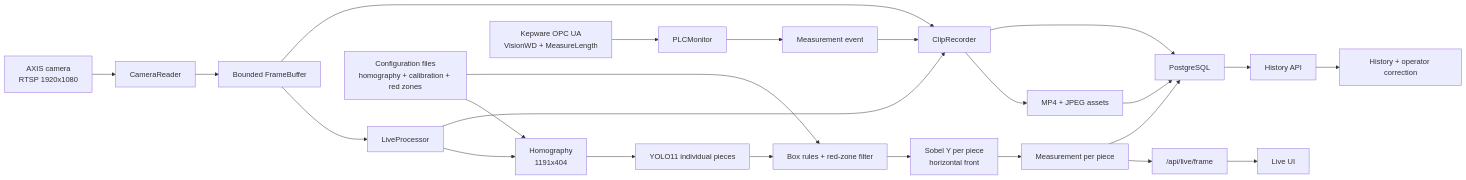
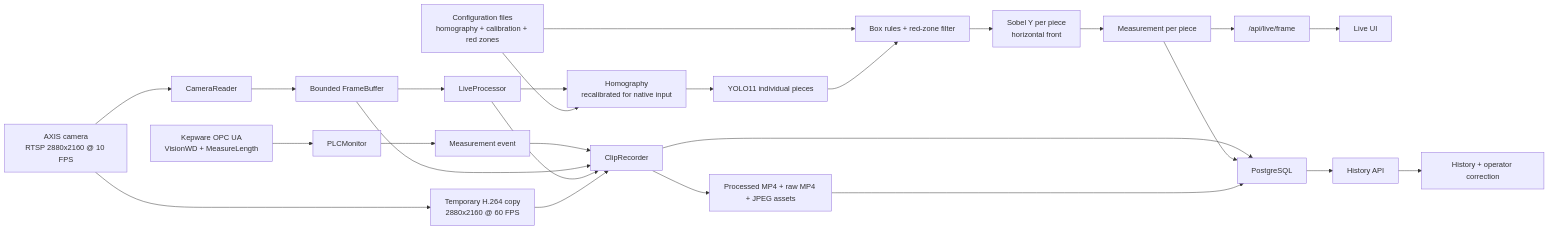
One commit to LFRPuente/tx2_repository changed the first of 2 diagrams in LIVE_MVP_INTEGRATION_README.md. Above: the diagram before and after it, drawn with Mermaid. The commit also changed other lines of this file and 16 other files, not shown here.

Commit message:
Add temporary native-resolution raw clip capture

````diff
--- a/LIVE_MVP_INTEGRATION_README.md
+++ b/LIVE_MVP_INTEGRATION_README.md
@@ -361,27 +375,29 @@
 ```mermaid
 flowchart LR
-    Camera["AXIS camera<br/>RTSP 1920x1080"] --> Reader["CameraReader"]
+    Camera["AXIS camera<br/>RTSP 2880x2160 @ 10 FPS"] --> Reader["CameraReader"]
+    Camera --> RawCopy["Temporary H.264 copy<br/>2880x2160 @ 60 FPS"]
     Reader --> Buffer["Bounded FrameBuffer"]
     Buffer --> Processor["LiveProcessor"]
-    Processor --> Warp["Homography<br/>1191x404"]
+    Processor --> Warp["Homography<br/>recalibrated for native input"]
     Warp --> Yolo["YOLO11 individual pieces"]
     Config["Configuration files<br/>homography + calibration + red zones"] --> Warp
     Config --> Rules["Box rules + red-zone filter"]
     Yolo --> Rules
     Rules --> Sobel["Sobel Y per piece<br/>horizontal front"]
     Sobel --> Measure["Measurement per piece"]
     Measure --> LiveAPI["/api/live/frame"]
     LiveAPI --> LiveUI["Live UI"]
 
     PLC["Kepware OPC UA<br/>VisionWD + MeasureLength"] --> Monitor["PLCMonitor"]
     Monitor --> Event["Measurement event"]
     Event --> Recorder["ClipRecorder"]
     Buffer --> Recorder
     Processor --> Recorder
-    Recorder --> Assets["MP4 + JPEG assets"]
+    RawCopy --> Recorder
+    Recorder --> Assets["Processed MP4 + raw MP4 + JPEG assets"]
     Recorder --> DB["PostgreSQL"]
     Measure --> DB
     Assets --> DB
     DB --> HistoryAPI["History API"]
     HistoryAPI --> HistoryUI["History + operator correction"]
 ```
````
